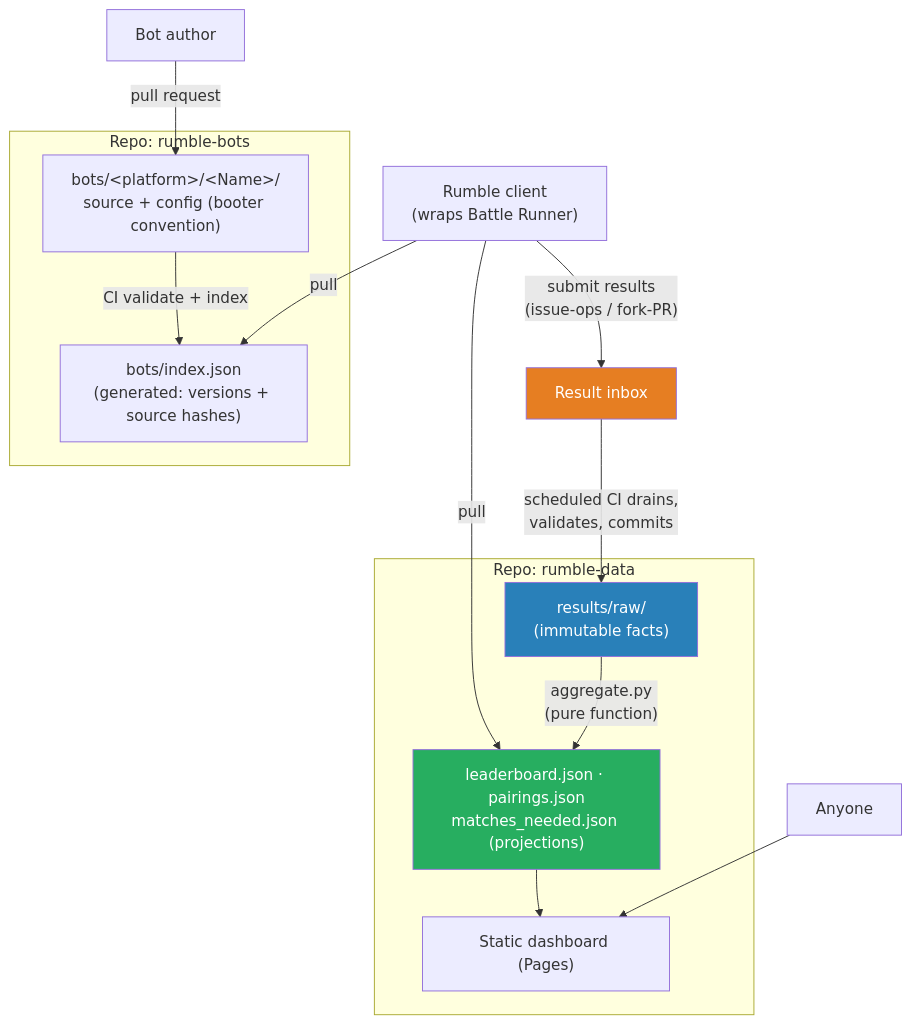
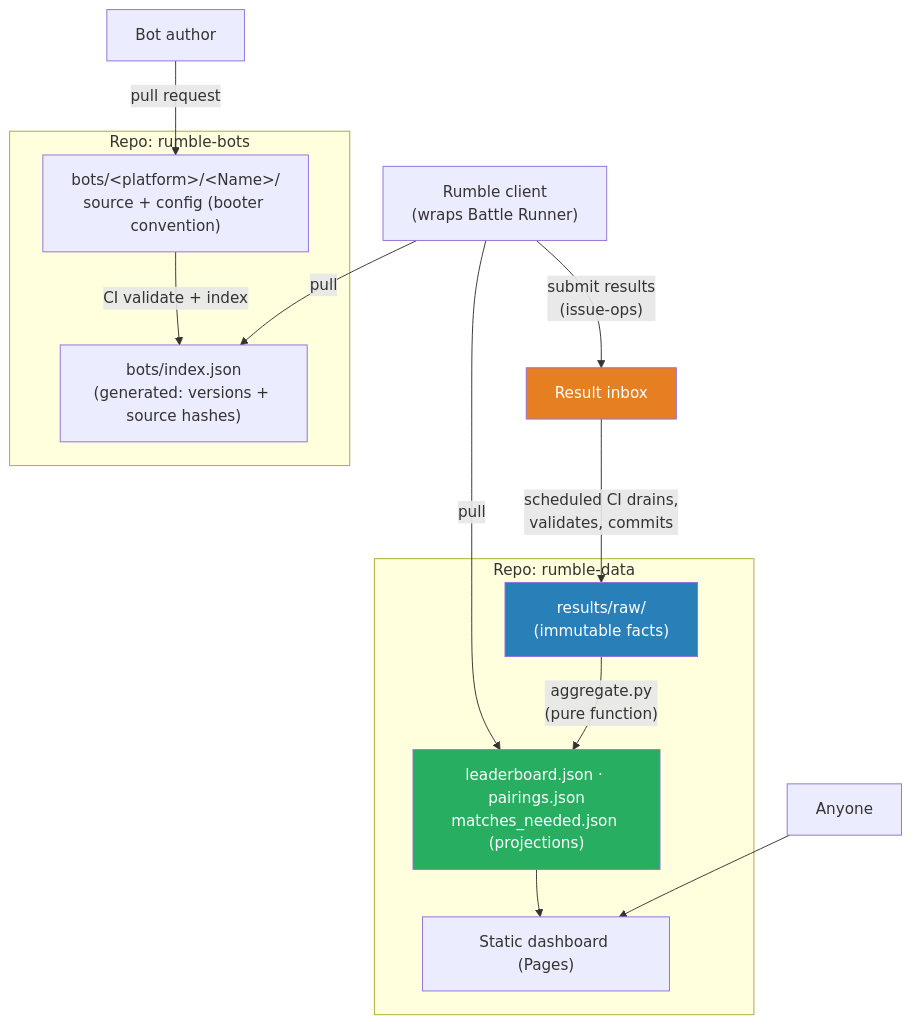
The diagram in docs/design/rumble/README.md (robocode-dev/tank-royale), drawn with Mermaid before and after one commit. The commit also changed other lines of this file and 9 other files, not shown here.

````diff
--- a/docs/design/rumble/README.md
+++ b/docs/design/rumble/README.md
@@ -42,29 +42,29 @@
 ```mermaid
 flowchart TB
     subgraph bots["Repo: rumble-bots"]
         botsrc["bots/&lt;platform&gt;/&lt;Name&gt;/<br/>source + config (booter convention)"]
         botindex["bots/index.json<br/>(generated: versions + source hashes)"]
     end
 
     subgraph data["Repo: rumble-data"]
         raw["results/raw/<br/>(immutable facts)"]
         proj["leaderboard.json · pairings.json<br/>matches_needed.json (projections)"]
         site["Static dashboard (Pages)"]
     end
 
     author["Bot author"] -->|"pull request"| botsrc
     botsrc -->|"CI validate + index"| botindex
 
     client["Rumble client<br/>(wraps Battle Runner)"] -->|"pull"| botindex
     client -->|"pull"| proj
-    client -->|"submit results<br/>(issue-ops / fork-PR)"| inbox["Result inbox"]
+    client -->|"submit results<br/>(issue-ops)"| inbox["Result inbox"]
 
     inbox -->|"scheduled CI drains,<br/>validates, commits"| raw
     raw -->|"aggregate.py<br/>(pure function)"| proj
     proj --> site
     viewer["Anyone"] --> site
 
     style raw fill:#2980B9,color:#fff
     style proj fill:#27AE60,color:#fff
     style inbox fill:#E67E22,color:#fff
 ```
````
